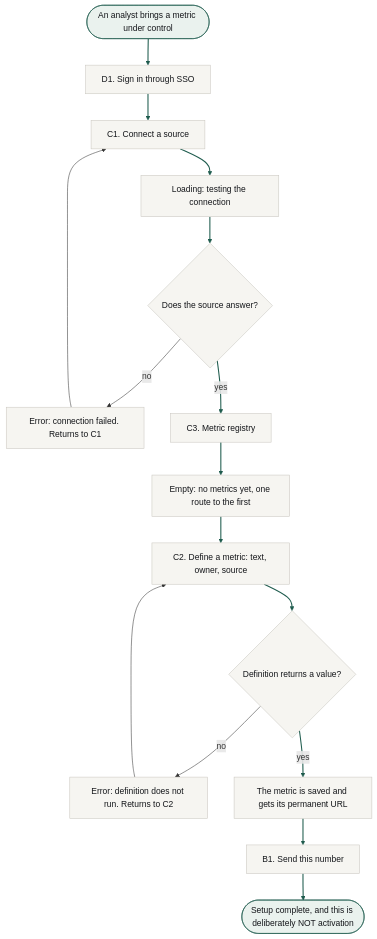
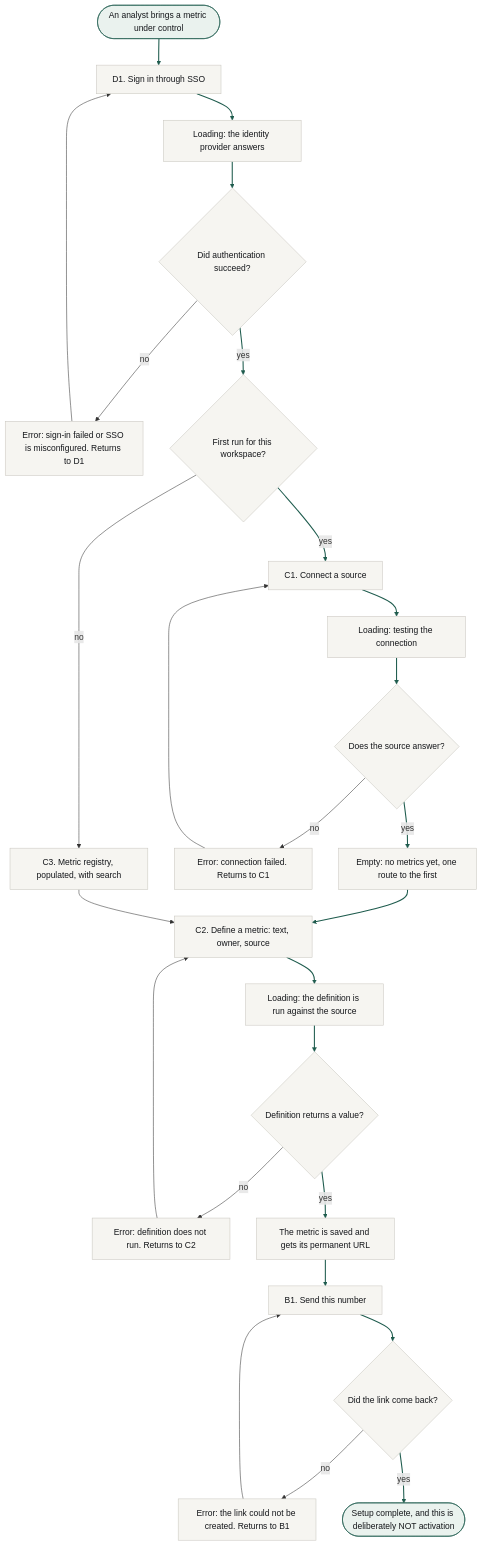
Before and after one commit to sergiodesign4u-dot/plumb: the fourth of 4 diagrams in ia/docs/flows.md, drawn with Mermaid. The commit also changed other lines of this file and 5 other files, not shown here.

````diff
--- a/ia/docs/flows.md
+++ b/ia/docs/flows.md
@@ -122,25 +131,35 @@
 ```mermaid
 flowchart TD
     S4(["An analyst brings a metric under control"]) --> D1s["D1. Sign in through SSO"]
-    D1s --> C1s["C1. Connect a source"]
+    D1s --> La["Loading: the identity provider answers"]
+    La --> Auth{"Did authentication succeed?"}
+    Auth -->|no| Er0["Error: sign-in failed or SSO is misconfigured. Returns to D1"]
+    Er0 --> D1s
+    Auth -->|yes| First{"First run for this workspace?"}
+    First -->|no| C3s["C3. Metric registry, populated, with search"]
+    First -->|yes| C1s["C1. Connect a source"]
     C1s --> Lc["Loading: testing the connection"]
     Lc --> Conn{"Does the source answer?"}
     Conn -->|no| Er1["Error: connection failed. Returns to C1"]
     Er1 --> C1s
-    Conn -->|yes| C3s["C3. Metric registry"]
-    C3s --> Emp["Empty: no metrics yet, one route to the first"]
+    Conn -->|yes| Emp["Empty: no metrics yet, one route to the first"]
     Emp --> C2s["C2. Define a metric: text, owner, source"]
-    C2s --> Q{"Definition returns a value?"}
+    C3s --> C2s
+    C2s --> Lq["Loading: the definition is run against the source"]
+    Lq --> Q{"Definition returns a value?"}
     Q -->|no| Er2["Error: definition does not run. Returns to C2"]
     Er2 --> C2s
     Q -->|yes| Save["The metric is saved and gets its permanent URL"]
     Save --> B1s["B1. Send this number"]
-    B1s --> W4(["Setup complete, and this is deliberately NOT activation"])
+    B1s --> Sent{"Did the link come back?"}
+    Sent -->|no| Er3["Error: the link could not be created. Returns to B1"]
+    Er3 --> B1s
+    Sent -->|yes| W4(["Setup complete, and this is deliberately NOT activation"])
 
     classDef success fill:#eaf2ee,stroke:#1f5c4e,color:#14161a;
     classDef dead fill:#f7e9e6,stroke:#8c3b2e,color:#14161a;
     classDef neutral fill:#f6f5f1,stroke:#c9c6bf,color:#14161a;
     class S4,W4 success;
-    class D1s,C1s,Lc,Conn,Er1,C3s,Emp,C2s,Q,Er2,Save,B1s neutral;
-    linkStyle 0,1,2,3,6,7,8,9,12,13,14 stroke:#1f5c4e,stroke-width:2px;
+    class D1s,La,Auth,Er0,First,C3s,C1s,Lc,Conn,Er1,Emp,C2s,Lq,Q,Er2,Save,B1s,Sent,Er3 neutral;
+    linkStyle 0,1,2,5,7,8,9,12,13,15,16,19,20,21,24 stroke:#1f5c4e,stroke-width:2px;
 ```
````
